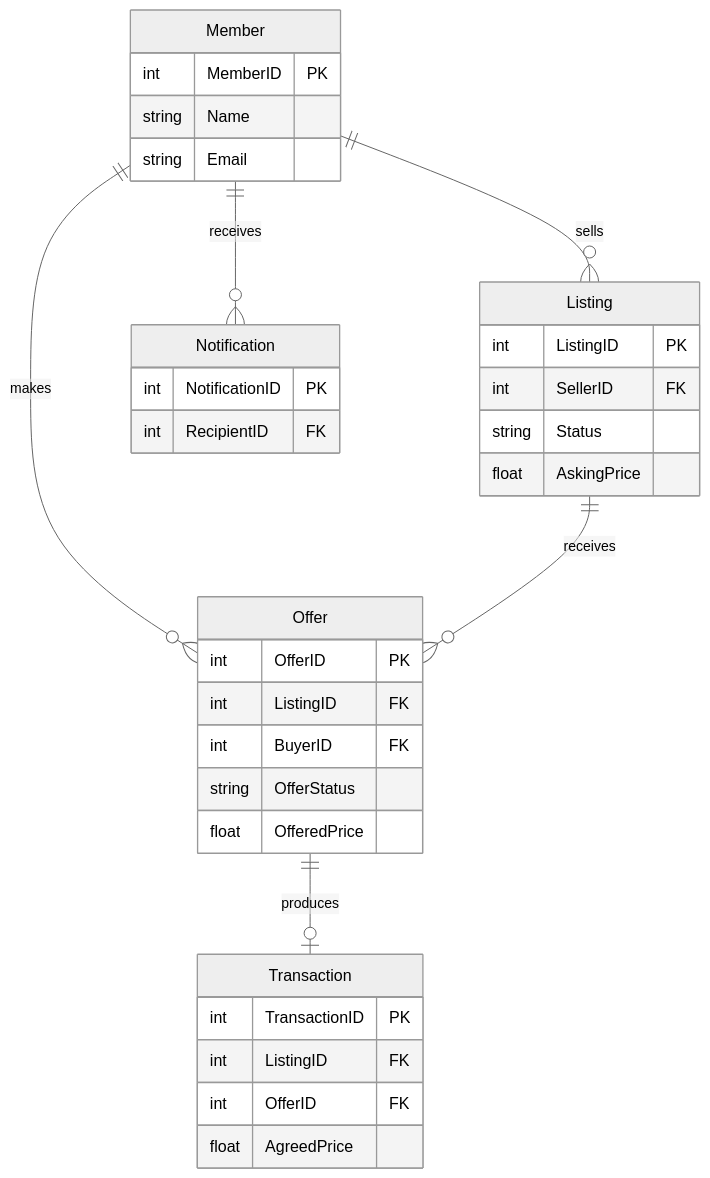
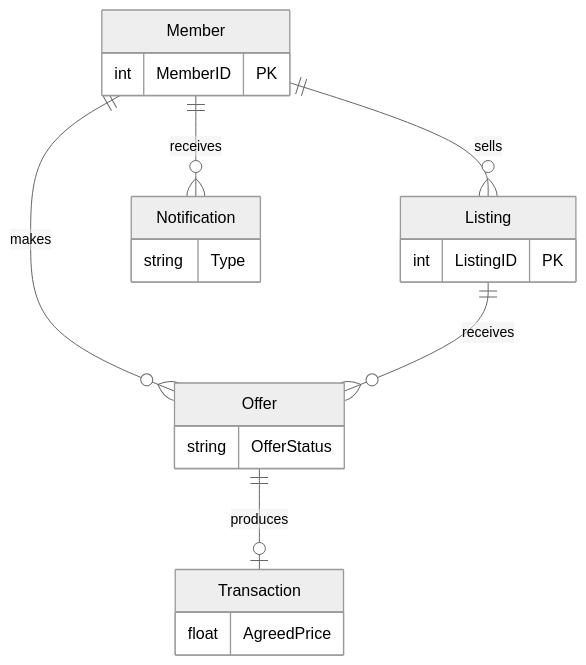
The second of 10 diagrams in Assignment_3/Module_B/MODULE_B_REPORT.md (Zeenu03/Campus_Trading_App), drawn with Mermaid (neutral theme) before and after one commit. The commit also changed other lines of this file and 3 other files, not shown here.

````diff
--- a/Assignment_3/Module_B/MODULE_B_REPORT.md
+++ b/Assignment_3/Module_B/MODULE_B_REPORT.md
@@ -79,37 +77,14 @@
 ```mermaid
 erDiagram
-    Member {
-        int MemberID PK
-        string Name
-        string Email
-    }
-    Listing {
-        int ListingID PK
-        int SellerID FK
-        string Status
-        float AskingPrice
-    }
-    Offer {
-        int OfferID PK
-        int ListingID FK
-        int BuyerID FK
-        string OfferStatus
-        float OfferedPrice
-    }
-    Transaction {
-        int TransactionID PK
-        int ListingID FK
-        int OfferID FK
-        float AgreedPrice
-    }
-    Notification {
-        int NotificationID PK
-        int RecipientID FK
-    }
-
     Member ||--o{ Listing : sells
     Member ||--o{ Offer : makes
     Listing ||--o{ Offer : receives
     Offer ||--o| Transaction : produces
     Member ||--o{ Notification : receives
+
+    Member { int MemberID PK }
+    Listing { int ListingID PK }
+    Offer { string OfferStatus }
+    Transaction { float AgreedPrice }
+    Notification { string Type }
 ```
````
